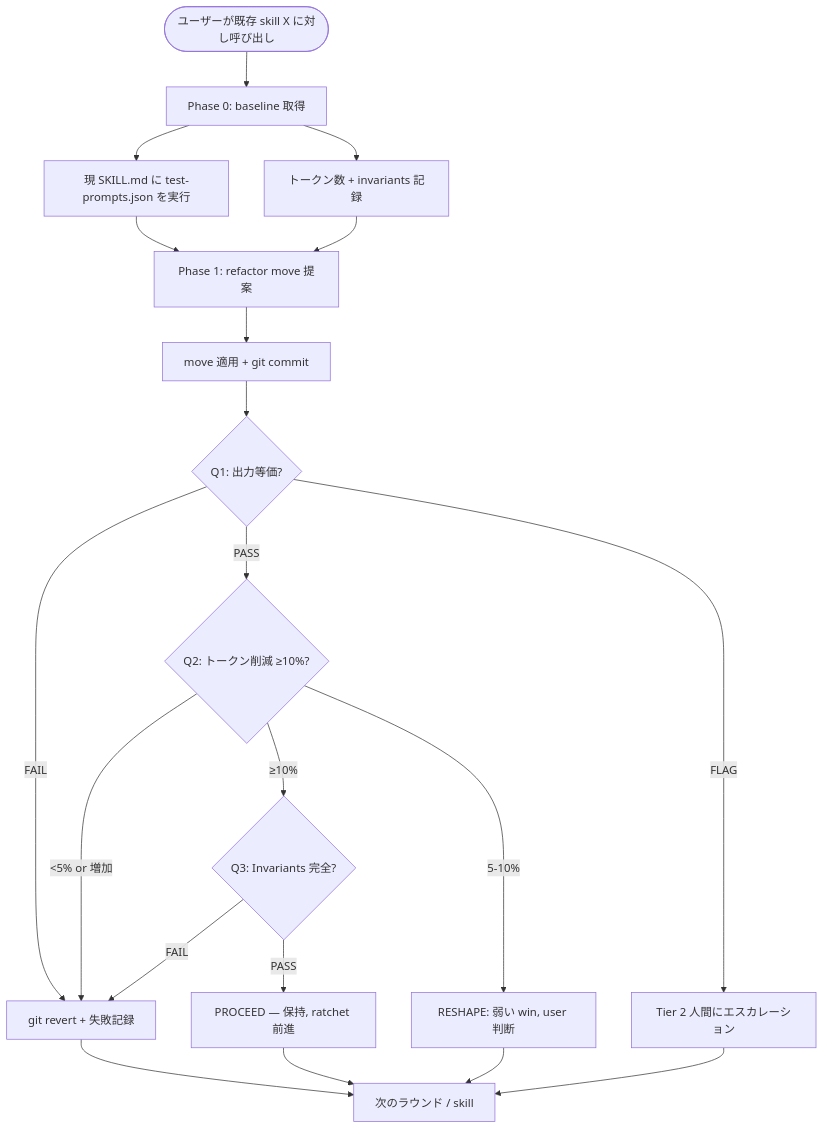
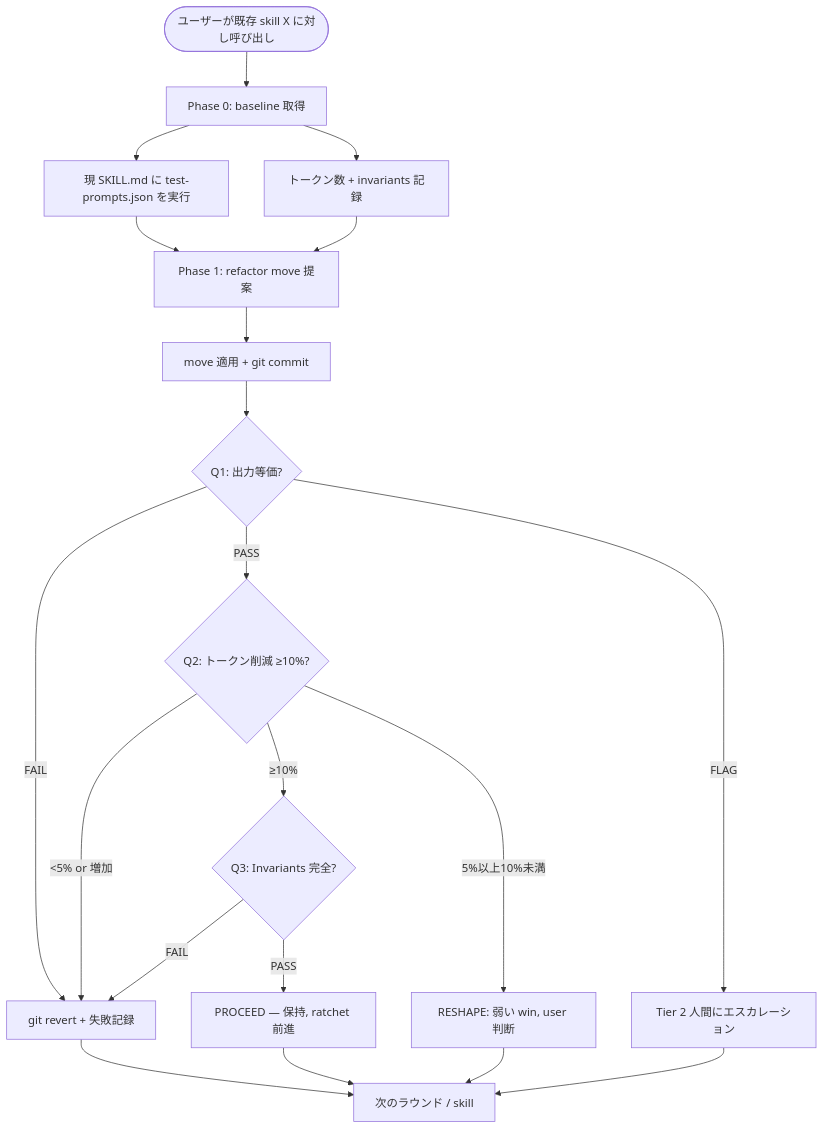
One commit to kouko/monkey-skills changed the diagram in skill-dev-toolkit/skills/skill-refactor/README.ja.md. Above: the diagram before and after it, drawn with Mermaid. The commit also changed other lines of this file and 6 other files, not shown here.

````diff
--- a/skill-dev-toolkit/skills/skill-refactor/README.ja.md
+++ b/skill-dev-toolkit/skills/skill-refactor/README.ja.md
@@ -50,22 +50,22 @@
 ```mermaid
 flowchart TD
     A([ユーザーが既存 skill X に対し呼び出し]) --> B[Phase 0: baseline 取得]
     B --> B1[現 SKILL.md に test-prompts.json を実行]
     B --> B2[トークン数 + invariants 記録]
     B1 --> C[Phase 1: refactor move 提案]
     B2 --> C
     C --> D[move 適用 + git commit]
     D --> Q1{Q1: 出力等価?}
     Q1 -->|FAIL| R[git revert + 失敗記録]
     Q1 -->|FLAG| H[Tier 2 人間にエスカレーション]
     Q1 -->|PASS| Q2{Q2: トークン削減 ≥10%?}
     Q2 -->|≥10%| Q3{Q3: Invariants 完全?}
-    Q2 -->|5-10%| WC[RESHAPE: 弱い win, user 判断]
+    Q2 -->|5%以上10%未満| WC[RESHAPE: 弱い win, user 判断]
     Q2 -->|<5% or 増加| R
     Q3 -->|PASS| K[PROCEED — 保持, ratchet 前進]
     Q3 -->|FAIL| R
     R --> NEXT[次のラウンド / skill]
     K --> NEXT
     WC --> NEXT
     H --> NEXT
 ```
````
